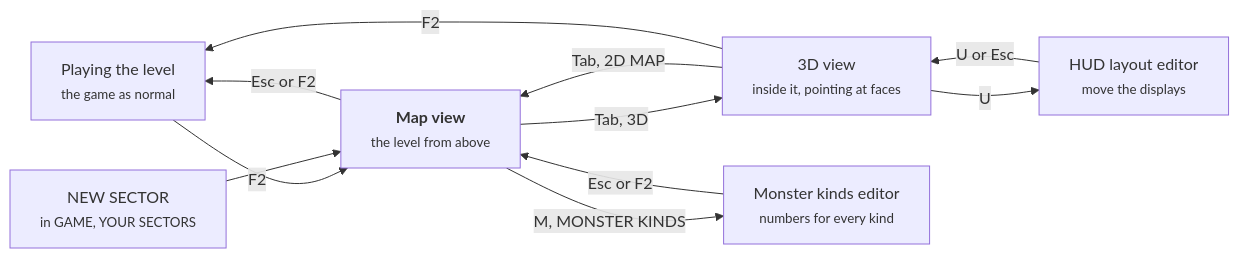
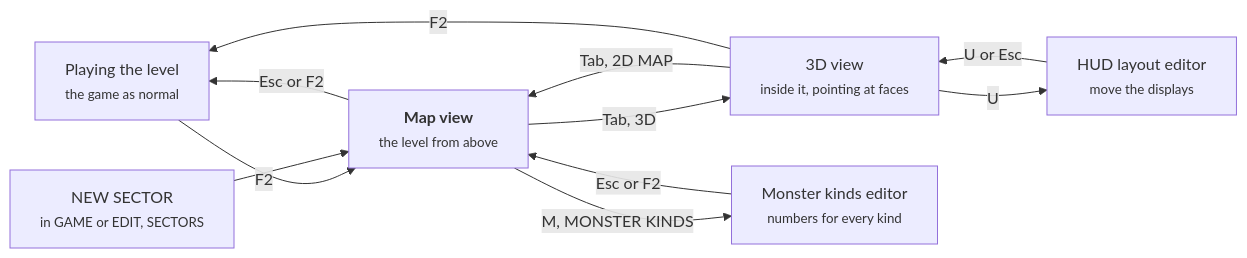
Before and after one commit to grymmjack/neon-caster: the diagram in LEVEL-EDITOR-GUIDE.md, drawn with Mermaid. The commit also changed other lines of this file and 788 other files, not shown here.

````diff
--- a/LEVEL-EDITOR-GUIDE.md
+++ b/LEVEL-EDITOR-GUIDE.md
@@ -59,19 +74,19 @@
 ```mermaid
 flowchart LR
     play["Playing the level<br/><small>the game as normal</small>"]
     map["<b>Map view</b><br/><small>the level from above</small>"]
     walk["3D view<br/><small>inside it, pointing at faces</small>"]
-    new["NEW SECTOR<br/><small>in GAME, YOUR SECTORS</small>"]
+    new["NEW SECTOR<br/><small>in GAME or EDIT, SECTORS</small>"]
     mon["Monster kinds editor<br/><small>numbers for every kind</small>"]
     hud["HUD layout editor<br/><small>move the displays</small>"]
     play -- F2 --> map
     map -- "Esc or F2" --> play
     map -- "Tab, 3D" --> walk
     walk -- "Tab, 2D MAP" --> map
     walk -- F2 --> play
     new --> map
     map -- "M, MONSTER KINDS" --> mon
     mon -- "Esc or F2" --> map
     walk -- U --> hud
     hud -- "U or Esc" --> walk
 ```
````
